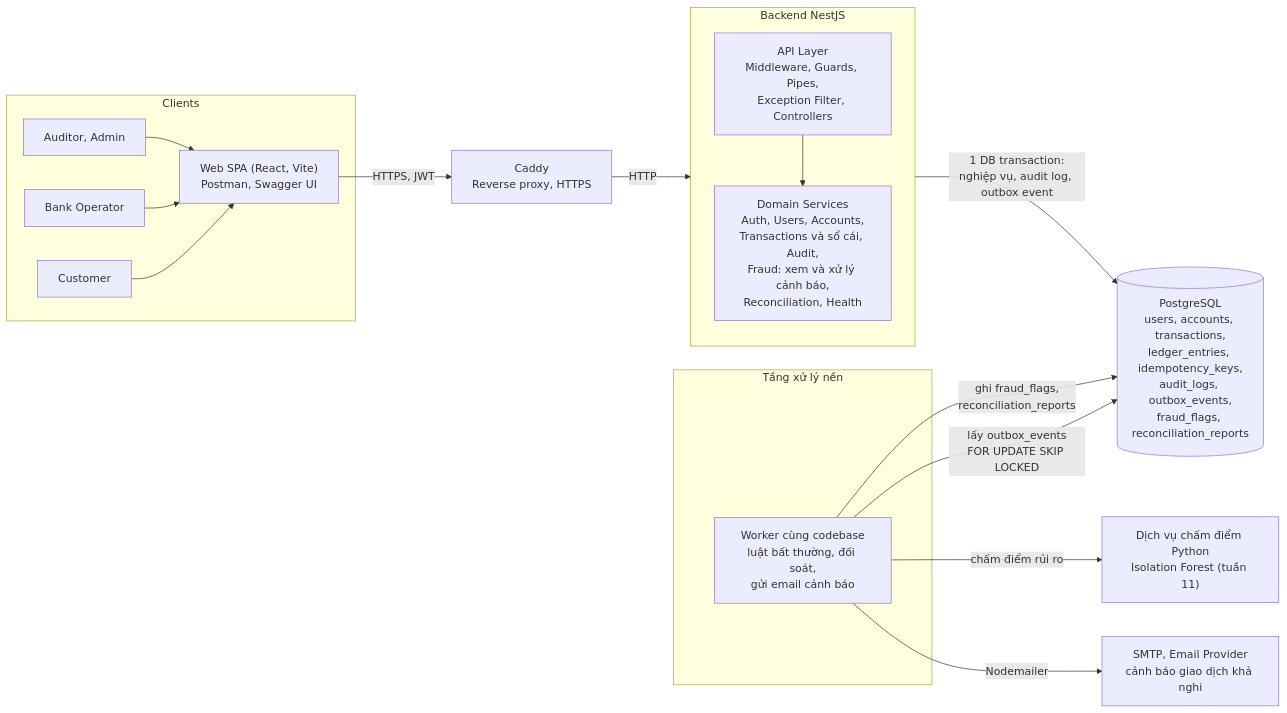
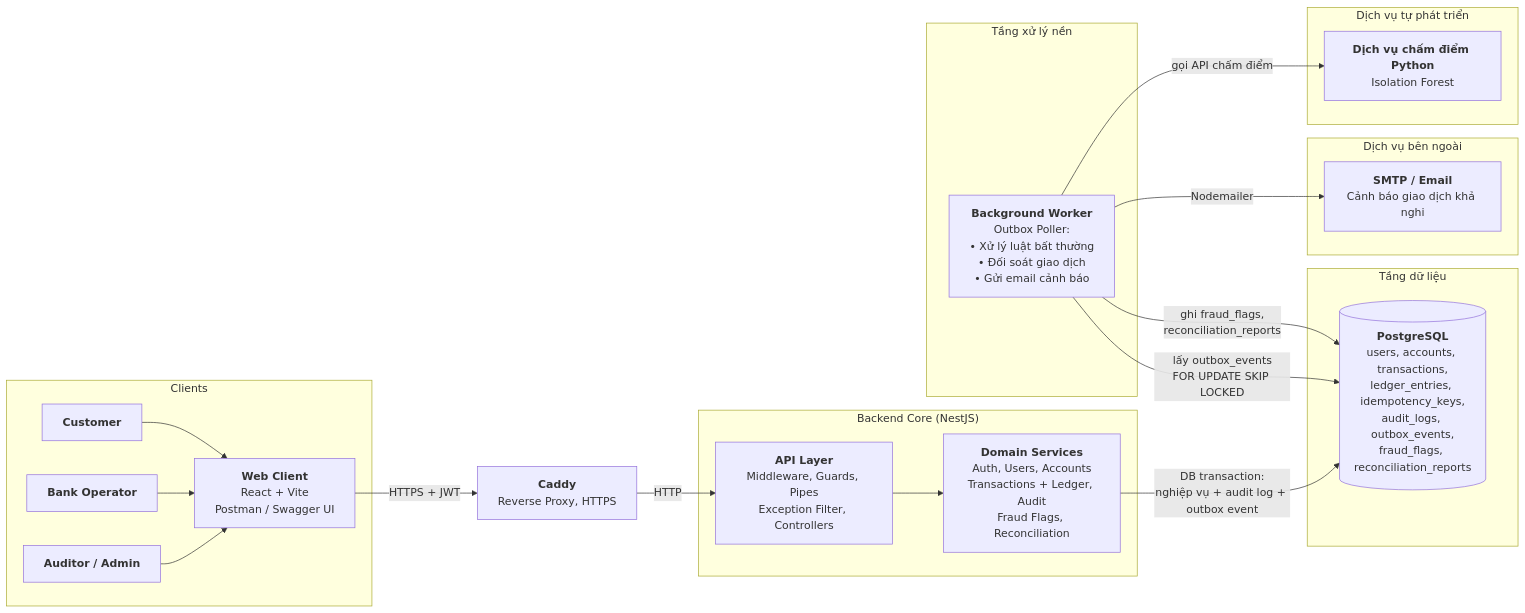
Before and after one commit to LeQuangMien10/CloudApplicationDevelopment: the first of 2 diagrams in docs/overview/kien-truc.md, drawn with Mermaid.

Commit message:
docs(kien-truc): format lại nội dung các thành phần

````diff
--- a/docs/overview/kien-truc.md
+++ b/docs/overview/kien-truc.md
@@ -11,26 +11,44 @@
 ```mermaid
 flowchart LR
-  subgraph CL[Clients]
-    C1[Customer]
-    C2[Bank Operator]
-    C3[Auditor, Admin]
-    UI["Web SPA (React, Vite)<br/>Postman, Swagger UI"]
-    C1 & C2 & C3 --> UI
-  end
-  UI -->|HTTPS, JWT| P[Caddy<br/>Reverse proxy, HTTPS]
-  subgraph CORE[Backend NestJS]
-    direction TB
-    API[API Layer<br/>Middleware, Guards, Pipes,<br/>Exception Filter, Controllers]
-    DOM[Domain Services<br/>Auth, Users, Accounts,<br/>Transactions và sổ cái, Audit,<br/>Fraud: xem và xử lý cảnh báo,<br/>Reconciliation, Health]
-    API --> DOM
-  end
-  P -->|HTTP| API
-  DOM -->|"1 DB transaction:<br/>nghiệp vụ, audit log, outbox event"| DB[("PostgreSQL<br/>users, accounts, transactions,<br/>ledger_entries, idempotency_keys,<br/>audit_logs, outbox_events,<br/>fraud_flags, reconciliation_reports")]
-  subgraph BG[Tầng xử lý nền]
-    W[Worker cùng codebase<br/>luật bất thường, đối soát,<br/>gửi email cảnh báo]
-  end
-  W -->|"lấy outbox_events<br/>FOR UPDATE SKIP LOCKED"| DB
-  W -->|ghi fraud_flags,<br/>reconciliation_reports| DB
-  W -->|chấm điểm rủi ro| AI["Dịch vụ chấm điểm Python<br/>Isolation Forest (tuần 11)"]
-  W -->|Nodemailer| SMTP[SMTP, Email Provider<br/>cảnh báo giao dịch khả nghi]
+    subgraph CLIENTS["Clients"]
+        C1["<b>Customer</b>"]
+        C2["<b>Bank Operator</b>"]
+        C3["<b>Auditor / Admin</b>"]
+        UI["<b>Web Client</b><br>React + Vite<br>Postman / Swagger UI"]
+        C1 --> UI
+        C2 --> UI
+        C3 --> UI
+    end
+ 
+    PROXY["<b>Caddy</b><br>Reverse Proxy, HTTPS"]
+ 
+    subgraph CORE["Backend Core (NestJS)"]
+        API["<b>API Layer</b><br>Middleware, Guards, Pipes<br>Exception Filter, Controllers"]
+        DOM["<b>Domain Services</b><br>Auth, Users, Accounts<br>Transactions + Ledger, Audit<br>Fraud Flags, Reconciliation"]
+        API --> DOM
+    end
+ 
+    subgraph WORKER["Tầng xử lý nền"]
+        W["<b>Background Worker</b><br>Outbox Poller:<br>• Xử lý luật bất thường<br>• Đối soát giao dịch<br>• Gửi email cảnh báo"]
+    end
+ 
+    subgraph DATA["Tầng dữ liệu"]
+        PG[("<b>PostgreSQL</b><br>users, accounts, transactions,<br>ledger_entries, idempotency_keys,<br>audit_logs, outbox_events,<br>fraud_flags, reconciliation_reports")]
+    end
+ 
+    subgraph EXT["Dịch vụ bên ngoài"]
+        SMTP["<b>SMTP / Email</b><br>Cảnh báo giao dịch khả nghi"]
+    end
+ 
+    subgraph INT["Dịch vụ tự phát triển"]
+        AI["<b>Dịch vụ chấm điểm Python</b><br>Isolation Forest"]
+    end
+ 
+    UI -- "HTTPS + JWT" --> PROXY
+    PROXY -- "HTTP" --> API
+    DOM -- "DB transaction:<br>nghiệp vụ + audit log + outbox event" --> PG
+    W -- "lấy outbox_events<br>FOR UPDATE SKIP LOCKED" --> PG
+    W -- "ghi fraud_flags,<br>reconciliation_reports" --> PG
+    W -- "Nodemailer" --> SMTP
+    W -- "gọi API chấm điểm" --> AI
 ```
````
